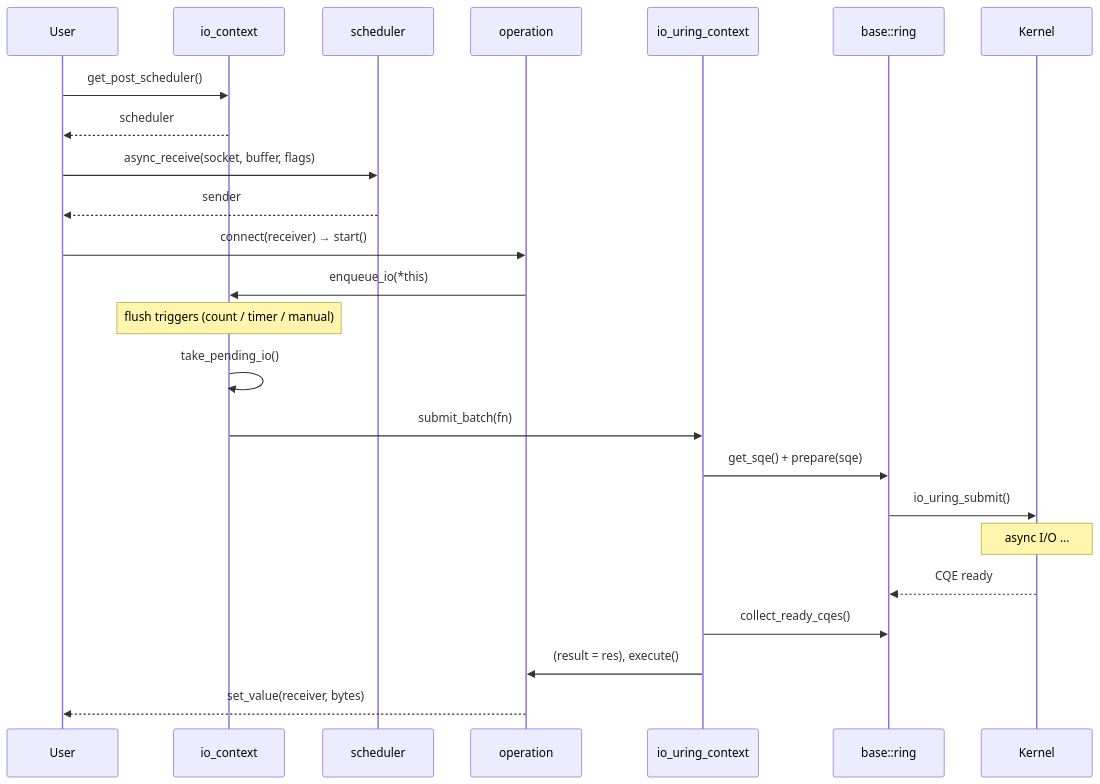
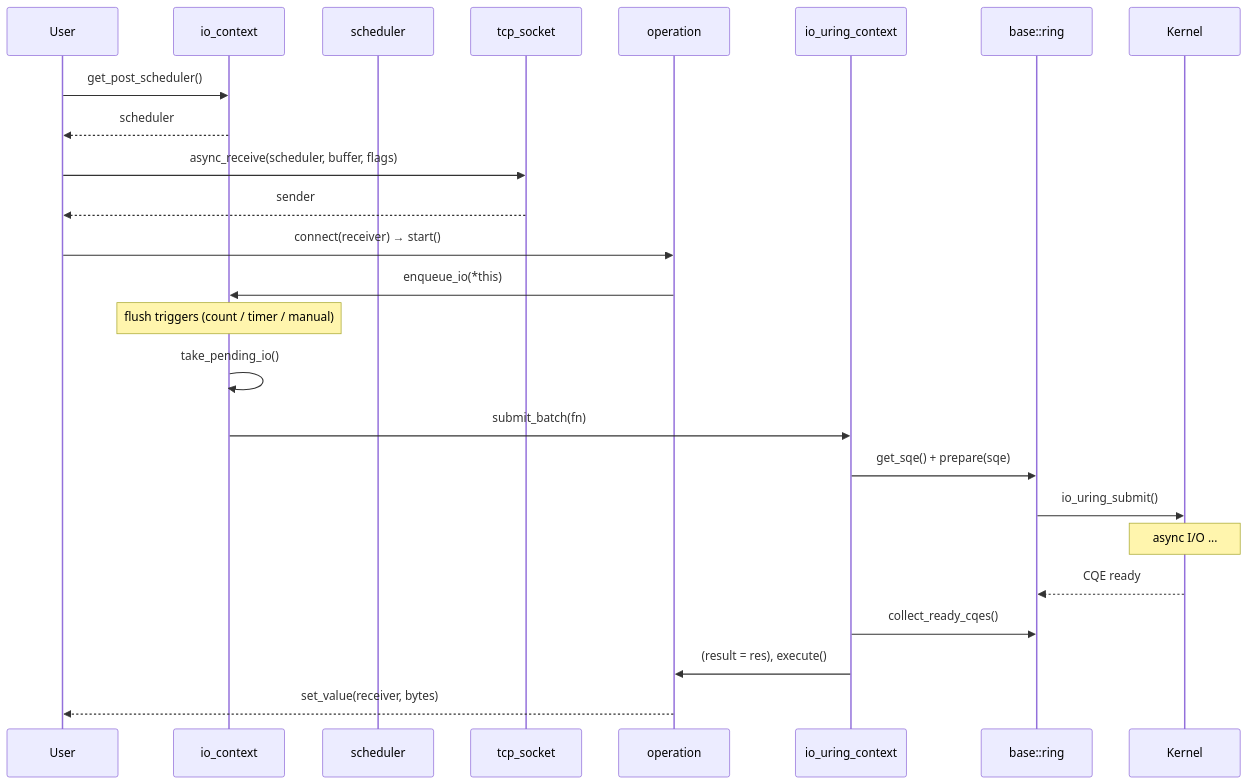
Before and after one commit to haomingbai/bnio: the fourth of 4 diagrams in docs/design/architecture.md, drawn with Mermaid. The commit also changed other lines of this file and 18 other files, not shown here.

````diff
--- a/docs/design/architecture.md
+++ b/docs/design/architecture.md
@@ -327,31 +334,32 @@
 ```mermaid
 sequenceDiagram
     participant User
     participant Ctx as io_context
     participant S as scheduler
+    participant Stream as tcp_socket
     participant Op as operation
     participant UCtx as io_uring_context
     participant Ring as base::ring
     participant K as Kernel
 
     User->>Ctx: get_post_scheduler()
     Ctx-->>User: scheduler
-    User->>S: async_receive(socket, buffer, flags)
-    S-->>User: sender
+    User->>Stream: async_receive(scheduler, buffer, flags)
+    Stream-->>User: sender
 
     User->>Op: connect(receiver) → start()
     Op->>Ctx: enqueue_io(*this)
 
     Note over Ctx: flush triggers (count / timer / manual)
     Ctx->>Ctx: take_pending_io()
     Ctx->>UCtx: submit_batch(fn)
     UCtx->>Ring: get_sqe() + prepare(sqe)
     Ring->>K: io_uring_submit()
 
     Note over K: async I/O ...
 
     K-->>Ring: CQE ready
     UCtx->>Ring: collect_ready_cqes()
     UCtx->>Op: (result = res), execute()
     Op-->>User: set_value(receiver, bytes)
 ```
````
